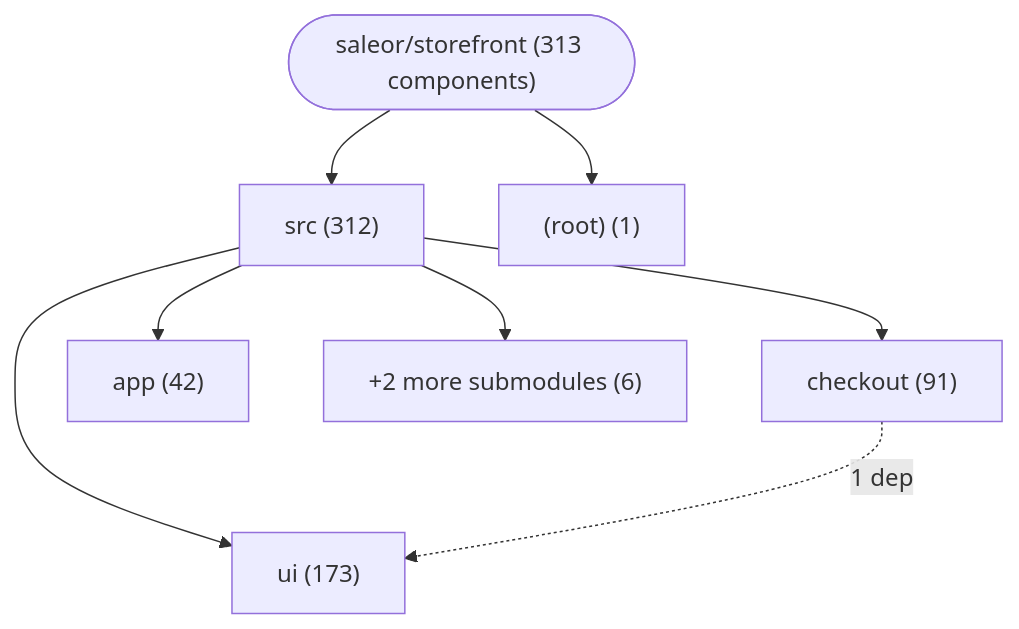
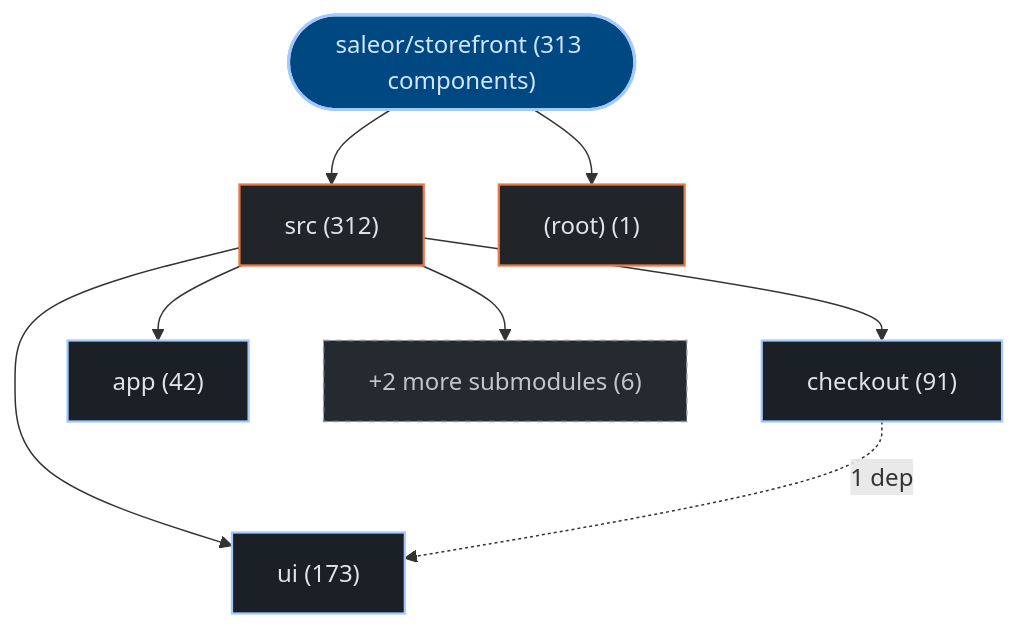
Before and after one commit to kumarshaz/atruss-code-atlas: the first of 3 diagrams in exports/latest/reports/saleor-storefront-report.md, drawn with Mermaid. The commit also changed other lines of this file and 331 other files, not shown here.

Commit message:
docs,ui,fix: update SDLC docs, reorder CI/CD DAG first, stylize Mermaid, and fix Arc42 pipeline topology

````diff
--- a/exports/latest/reports/saleor-storefront-report.md
+++ b/exports/latest/reports/saleor-storefront-report.md
@@ -42,17 +42,24 @@
 ```mermaid
 graph TD;
-    repo_root(["saleor/storefront (313 components)"])
-    dir_0_src["src (312)"]
+  classDef atlasRoot fill:#004882,stroke:#a3c9ff,stroke-width:2px,color:#d3e4ff
+  classDef atlasCategory fill:#212428,stroke:#E87A48,stroke-width:1.5px,color:#dfe3eb
+  classDef atlasWorkflow fill:#1b2026,stroke:#a3c9ff,stroke-width:1.5px,color:#dfe3eb
+  classDef atlasJob fill:#171c22,stroke:#8d9199,stroke-width:1px,color:#dfe3eb
+  classDef atlasTarget fill:#005227,stroke:#8bd99b,stroke-width:1.5px,color:#a7f6b6
+  classDef atlasAlert fill:#93000a,stroke:#ffb4ab,stroke-width:1.5px,color:#ffdad6
+  classDef atlasMore fill:#252a31,stroke:#8d9199,stroke-dasharray:4 4,color:#c3c6cf
+    repo_root(["saleor/storefront (313 components)"]):::atlasRoot
+    dir_0_src["src (312)"]:::atlasCategory
     repo_root --> dir_0_src
-    sub_0_0_ui["ui (173)"]
+    sub_0_0_ui["ui (173)"]:::atlasWorkflow
     dir_0_src --> sub_0_0_ui
-    sub_0_1_checkout["checkout (91)"]
+    sub_0_1_checkout["checkout (91)"]:::atlasWorkflow
     dir_0_src --> sub_0_1_checkout
-    sub_0_2_app["app (42)"]
+    sub_0_2_app["app (42)"]:::atlasWorkflow
     dir_0_src --> sub_0_2_app
-    sub_0_more["+2 more submodules (6)"]
+    sub_0_more["+2 more submodules (6)"]:::atlasMore
     dir_0_src --> sub_0_more
-    dir_1__root_["(root) (1)"]
+    dir_1__root_["(root) (1)"]:::atlasCategory
     repo_root --> dir_1__root_
     sub_0_1_checkout -.->|"1 dep"| sub_0_0_ui
 ```
````
